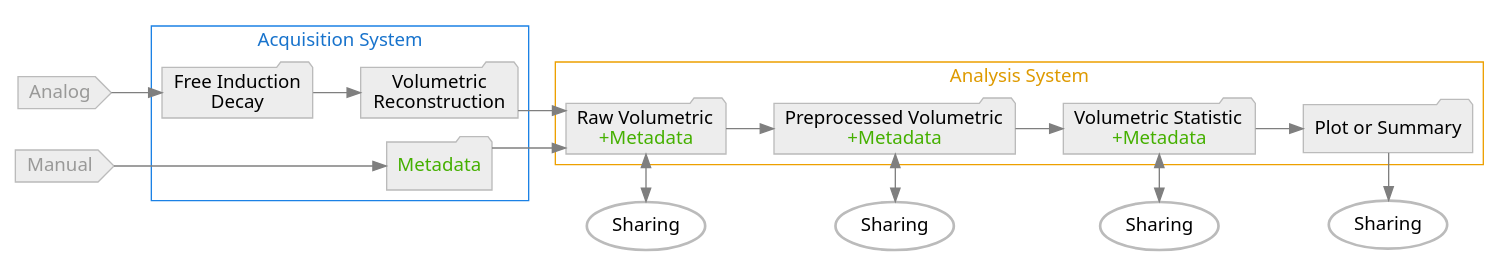
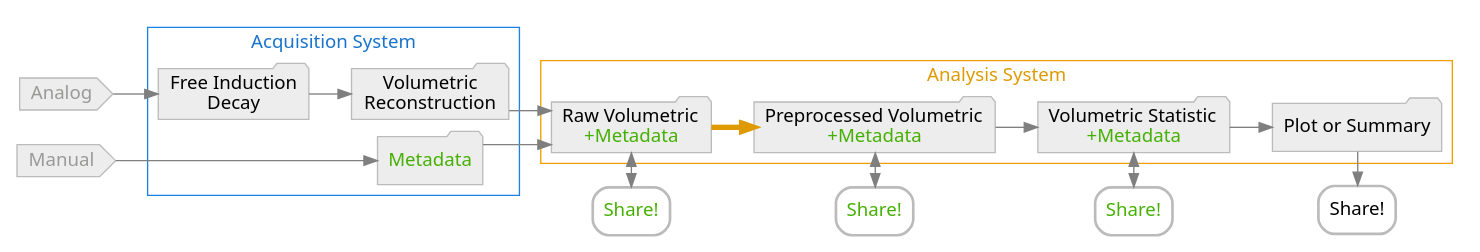
The diagram in data/metadata.dot (Jimmy2027/mlebe_RepSep), drawn with Graphviz before and after one commit. The commit also changed 8 other files, not shown here.

Commit message:
Figure 1 content and style update

```diff
--- a/data/metadata.dot
+++ b/data/metadata.dot
@@ -1,61 +1,62 @@
 digraph graphname {
     newrank = true;
     size="26,10";
     rankdir="LR";
     splines=ortho;
-    graph [fontname = "sans"];
-    node [fontname = "sans", style=filled];
-    edge [fontname = "sans", color=gray50];
-    d_[label="Sharing", style="bold, rounded", color="#BBBBBB"];
-    e_[label="Sharing", style="bold, rounded", color="#BBBBBB"];
-    f_[label="Sharing", style="bold, rounded", color="#BBBBBB"];
-    g_[label="Sharing", style="bold, rounded", color="#BBBBBB"];
+    graph [fontname="sans", pad="0.07", nodesep="0.175", ranksep="0.45"];
+    node [fontname="sans", style=filled];
+    edge [fontname="sans", color=gray50];
+    d_[label=<<FONT COLOR="#45B000">Share!</FONT>>, style="bold, rounded", color="#BBBBBB", shape="box"];
+    e_[label=<<FONT COLOR="#45B000">Share!</FONT>>, style="bold, rounded", color="#BBBBBB", shape="box"];
+    f_[label=<<FONT COLOR="#45B000">Share!</FONT>>, style="bold, rounded", color="#BBBBBB", shape="box"];
+    g_[label="Share!", style="bold, rounded", color="#BBBBBB", shape="box"];
     a[label="Analog  ", shape=cds, color="#BBBBBB", fillcolor=grey93, fontcolor="#999998"];
     m0[label="Manual  ", shape=cds, color="#BBBBBB", fillcolor=grey93, fontcolor="#999998"];
     b[label="Free Induction\nDecay", shape=folder, color="#BBBBBB", fillcolor=grey93];
     m1[
         label=<<FONT COLOR="#45B000">Metadata</FONT>>,
         shape=folder, color="#BBBBBB", fillcolor=grey93,
         ];
     c[label="Volumetric\nReconstruction", shape=folder, color="#BBBBBB", fillcolor=grey93];
-    d[  label=<Raw Volumetric<BR/><FONT COLOR="#45B000">+Metadata</FONT>>,
+    d[
+        label=<Raw Volumetric<BR/><FONT COLOR="#45B000">+Metadata</FONT>>,
         shape=folder, color="#BBBBBB", fillcolor=grey93,
         ];
     e[
         label=<Preprocessed Volumetric<BR/><FONT COLOR="#45B000">+Metadata</FONT>>,
         shape=folder, color="#BBBBBB", fillcolor=grey93,
         ];
     f[
         label=<Volumetric Statistic<BR/><FONT COLOR="#45B000">+Metadata</FONT>>,
         shape=folder, color="#BBBBBB", fillcolor=grey93,
         ];
     g[label="Plot or Summary", shape=folder, color="#BBBBBB", fillcolor=grey93];
     a -> b ;
     m0 -> m1 ;
     subgraph cluster1 {
         b -> c ;
         m1;
         label = "Acquisition System";
         fontcolor = "#1873cc";
         color = "#1b81e5";
     }
     c -> d ;
     m1 -> d;
     subgraph cluster2 {
-        d -> e ;
+        d -> e [arrowsize=0.9, penwidth=4, color="#DE9A00"];
         e -> f ;
         f -> g ;
         label = "Analysis System";
         fontcolor = "#DE9A00";
         color = "#EDA000";
     }
     d -> d_ [dir=both, minlen=2];
     e -> e_ [dir=both, minlen=2];
     f -> f_ [dir=both, minlen=2];
     g -> g_ [minlen=2];
     {rank=same; a; m0}
     {rank=same; d; d_}
     {rank=same; e; e_}
     {rank=same; f; f_}
     {rank=same; g; g_}
 }
```
